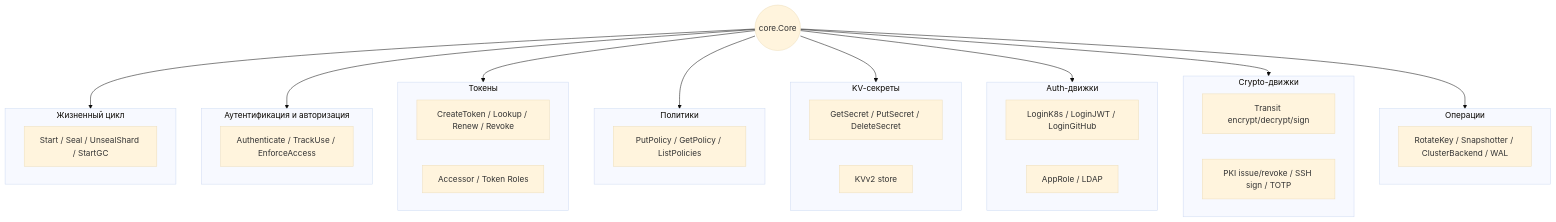
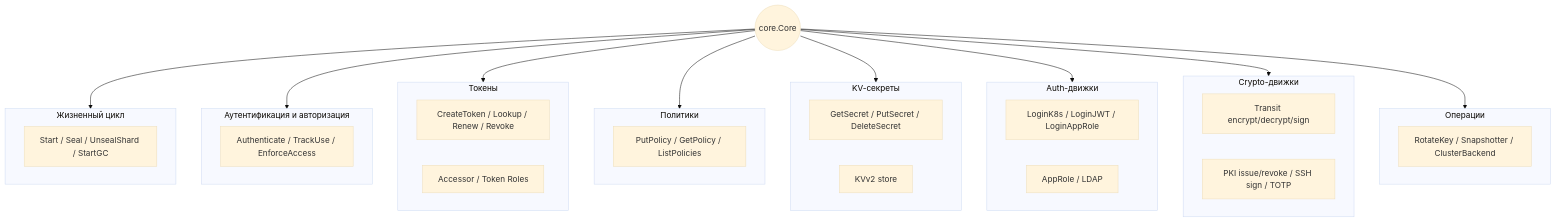
The third of 9 diagrams in docs/02-architecture.md (NAGenaev/tuck), drawn with Mermaid (base theme) before and after one commit. The commit also changed other lines of this file and 23 other files, not shown here.

````diff
--- a/docs/02-architecture.md
+++ b/docs/02-architecture.md
@@ -158,40 +157,40 @@
 ```mermaid
 flowchart TB
     ROOT(("core.Core"))
     subgraph LC["Жизненный цикл"]
         LC1[Start / Seal / UnsealShard / StartGC]
     end
     subgraph AA["Аутентификация и авторизация"]
         AA1[Authenticate / TrackUse / EnforceAccess]
     end
     subgraph TK["Токены"]
         TK1[CreateToken / Lookup / Renew / Revoke]
         TK2[Accessor / Token Roles]
     end
     subgraph PL["Политики"]
         PL1[PutPolicy / GetPolicy / ListPolicies]
     end
     subgraph KV["KV-секреты"]
         KV1[GetSecret / PutSecret / DeleteSecret]
         KV2[KVv2 store]
     end
     subgraph AE["Auth-движки"]
-        AE1[LoginK8s / LoginJWT / LoginGitHub]
+        AE1[LoginK8s / LoginJWT / LoginAppRole]
         AE2[AppRole / LDAP]
     end
     subgraph CE["Crypto-движки"]
         CE1[Transit encrypt/decrypt/sign]
         CE2[PKI issue/revoke / SSH sign / TOTP]
     end
     subgraph OP["Операции"]
-        OP1[RotateKey / Snapshotter / ClusterBackend / WAL]
+        OP1[RotateKey / Snapshotter / ClusterBackend]
     end
     ROOT --> LC
     ROOT --> AA
     ROOT --> TK
     ROOT --> PL
     ROOT --> KV
     ROOT --> AE
     ROOT --> CE
     ROOT --> OP
 ```
````
